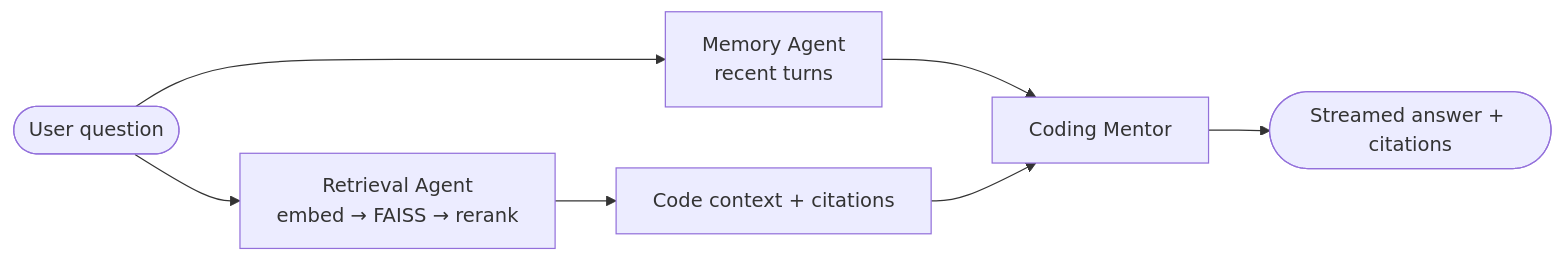
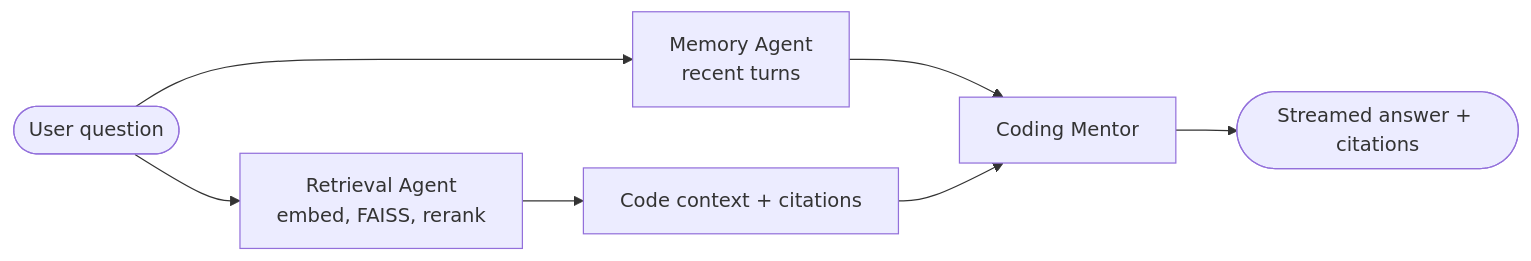
The first of 2 diagrams in README.md (Rishab-Panwar/Codexa), drawn with Mermaid before and after one commit. The commit also changed other lines of this file, not shown here.

````diff
--- a/README.md
+++ b/README.md
@@ -83,9 +73,9 @@
 ```mermaid
 flowchart LR
     Q([User question]) --> MEM[Memory Agent<br/>recent turns]
-    Q --> R[Retrieval Agent<br/>embed → FAISS → rerank]
+    Q --> R[Retrieval Agent<br/>embed, FAISS, rerank]
     R --> CTX[Code context + citations]
     MEM --> M[Coding Mentor]
     CTX --> M
     M --> A([Streamed answer + citations])
 ```
````
